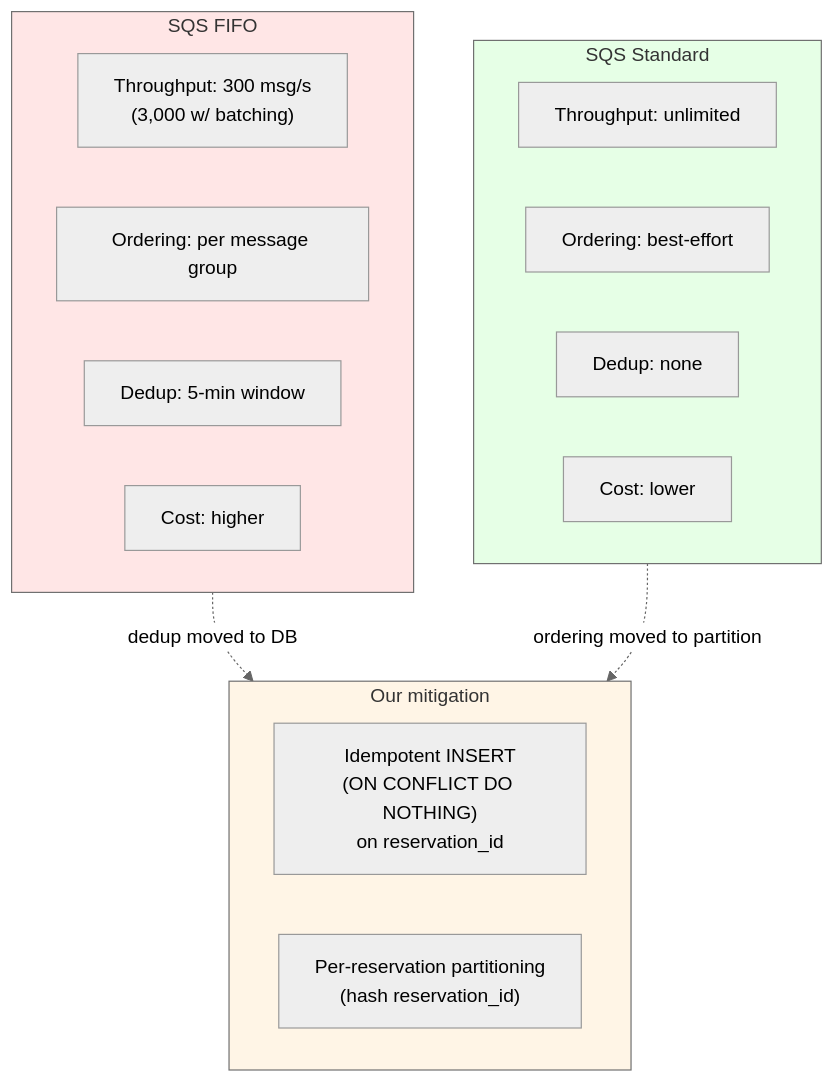
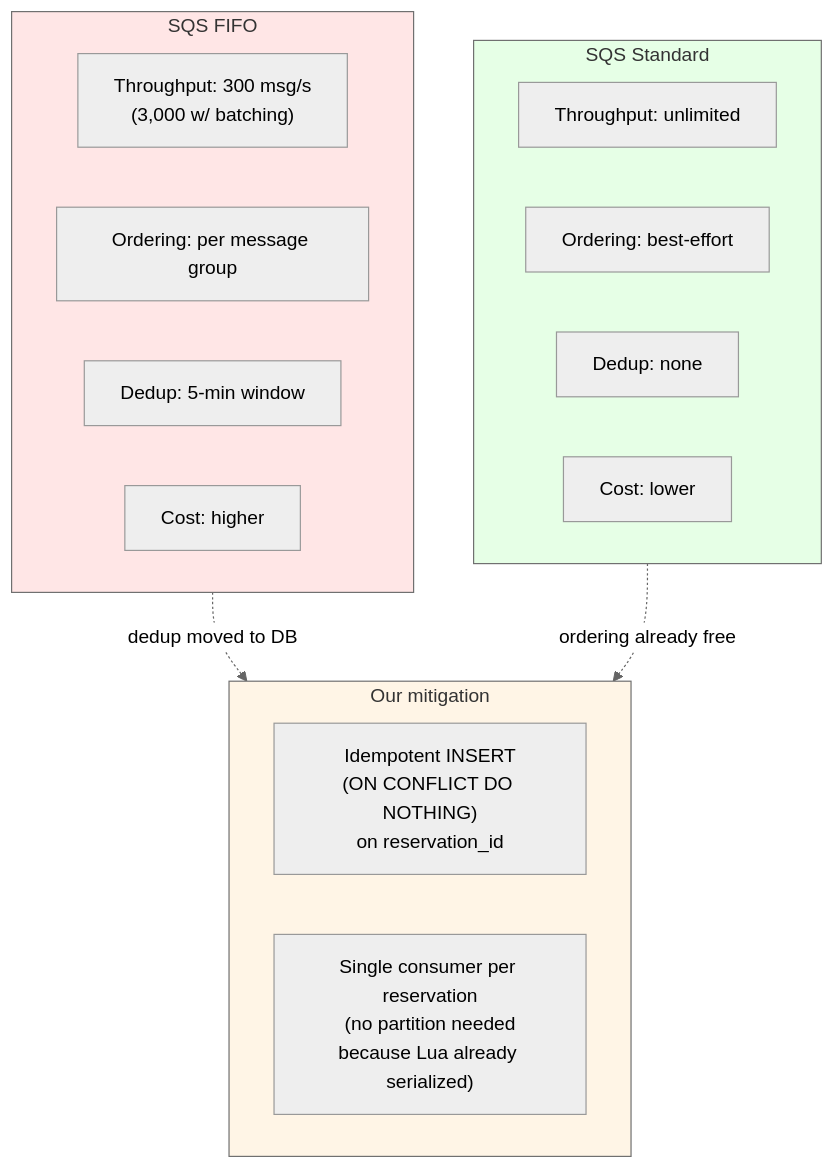
Before and after one commit to emmitt-k/ticket-deal: diagram 11 of 11 in docs/architecture.md, drawn with Mermaid (neutral theme). The commit also changed other lines of this file, not shown here.

First line of the commit message:
docs: rewrite architecture.md — refresh for Phases 5/6/7 + add File-by-File Reference

````diff
--- a/docs/architecture.md
+++ b/docs/architecture.md
@@ -479,28 +617,28 @@
 ```mermaid
 graph TB
     subgraph Standard["SQS Standard"]
         S1["Throughput: unlimited"]
         S2["Ordering: best-effort"]
         S3["Dedup: none"]
         S4["Cost: lower"]
     end
 
     subgraph FIFO["SQS FIFO"]
         F1["Throughput: 300 msg/s<br/>(3,000 w/ batching)"]
         F2["Ordering: per message group"]
         F3["Dedup: 5-min window"]
         F4["Cost: higher"]
     end
 
     subgraph Ours["Our mitigation"]
         O1["Idempotent INSERT<br/>(ON CONFLICT DO NOTHING)<br/>on reservation_id"]
-        O2["Per-reservation partitioning<br/>(hash reservation_id)"]
+        O2["Single consumer per reservation<br/>(no partition needed<br/>because Lua already serialized)"]
     end
 
     FIFO -.->|"dedup moved to DB"| Ours
-    Standard -.->|"ordering moved to partition"| Ours
+    Standard -.->|"ordering already free"| Ours
 
     style Standard fill:#e6ffe6
     style FIFO fill:#ffe6e6
     style Ours fill:#fff5e6
 ```
````
